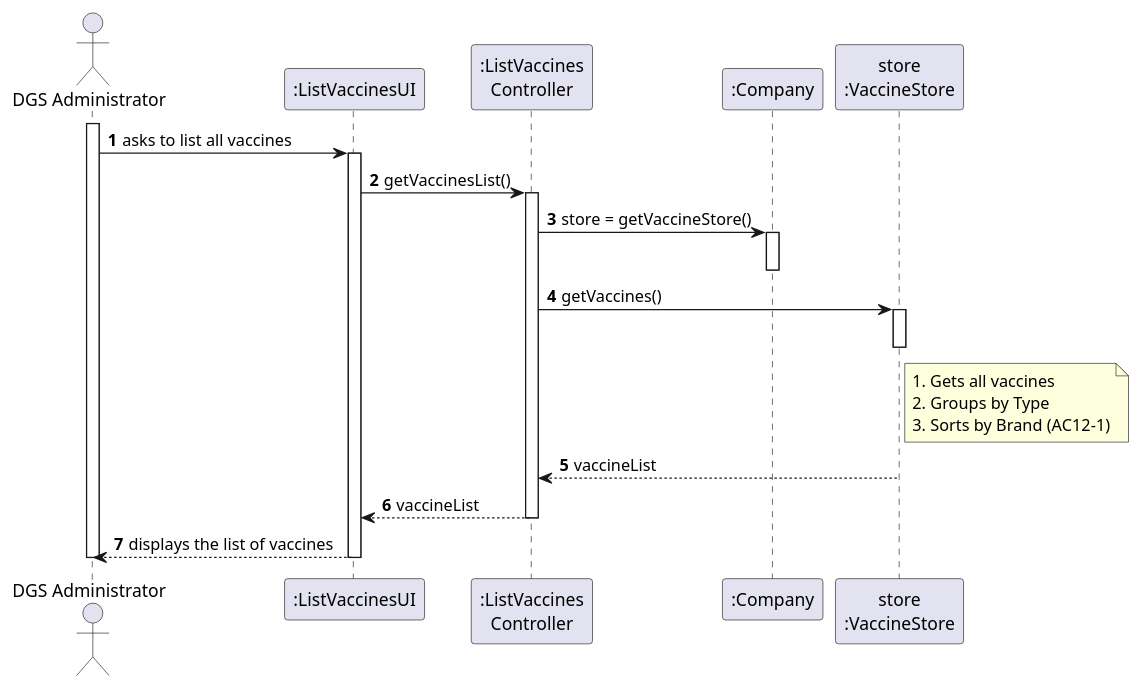
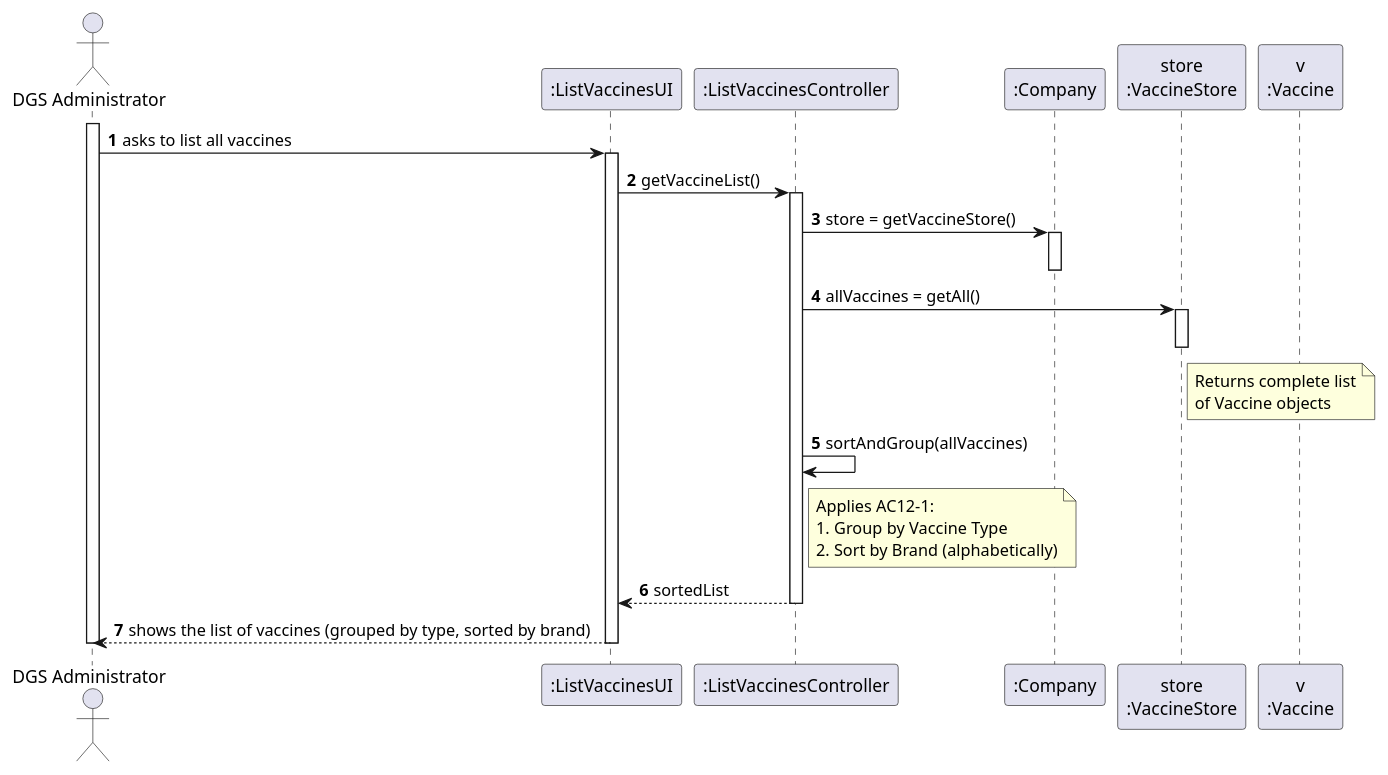
Before and after one commit to afonso51111/leti-esoft-25-26-A33: the diagram in project-template/docs/sprint3/US12/puml/US12-SD.puml, drawn with PlantUML. The commit also changed 8 other files, not shown here.

```diff
--- a/project-template/docs/sprint3/US12/puml/US12-SD.puml
+++ b/project-template/docs/sprint3/US12/puml/US12-SD.puml
@@ -1,37 +1,42 @@
 @startuml
 autonumber
 actor "DGS Administrator" as Admin
 participant ":ListVaccinesUI" as UI
-participant ":ListVaccines\nController" as CTRL
+participant ":ListVaccinesController" as CTRL
 participant ":Company" as CMP
 participant "store\n:VaccineStore" as STORE
+participant "v\n:Vaccine" as VAX
 
 activate Admin
 Admin -> UI : asks to list all vaccines
 activate UI
 
-UI -> CTRL : getVaccinesList()
+UI -> CTRL : getVaccineList()
 activate CTRL
 
 CTRL -> CMP : store = getVaccineStore()
 activate CMP
 deactivate CMP
 
-CTRL -> STORE : getVaccines()
+CTRL -> STORE : allVaccines = getAll()
 activate STORE
     note right of STORE
-       1. Gets all vaccines
-       2. Groups by Type
-       3. Sorts by Brand (AC12-1)
+        Returns complete list
+        of Vaccine objects
     end note
 deactivate STORE
-STORE --> CTRL : vaccineList
 
-CTRL --> UI : vaccineList
+CTRL -> CTRL : sortAndGroup(allVaccines)
+note right of CTRL
+    Applies AC12-1:
+    1. Group by Vaccine Type
+    2. Sort by Brand (alphabetically)
+end note
+
+CTRL --> UI : sortedList
 deactivate CTRL
 
-UI --> Admin : displays the list of vaccines
+UI --> Admin : shows the list of vaccines (grouped by type, sorted by brand)
 deactivate UI
 deactivate Admin
-
 @enduml
```
